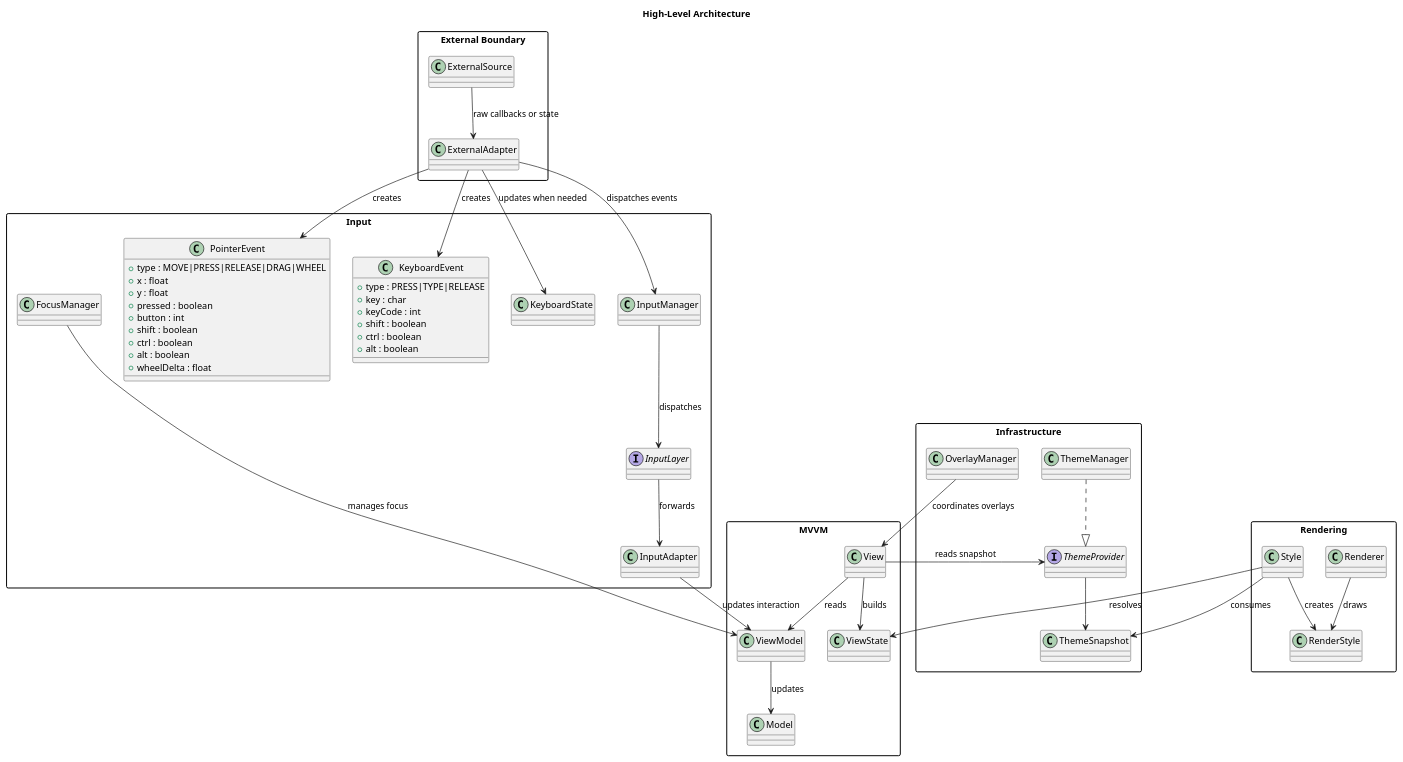
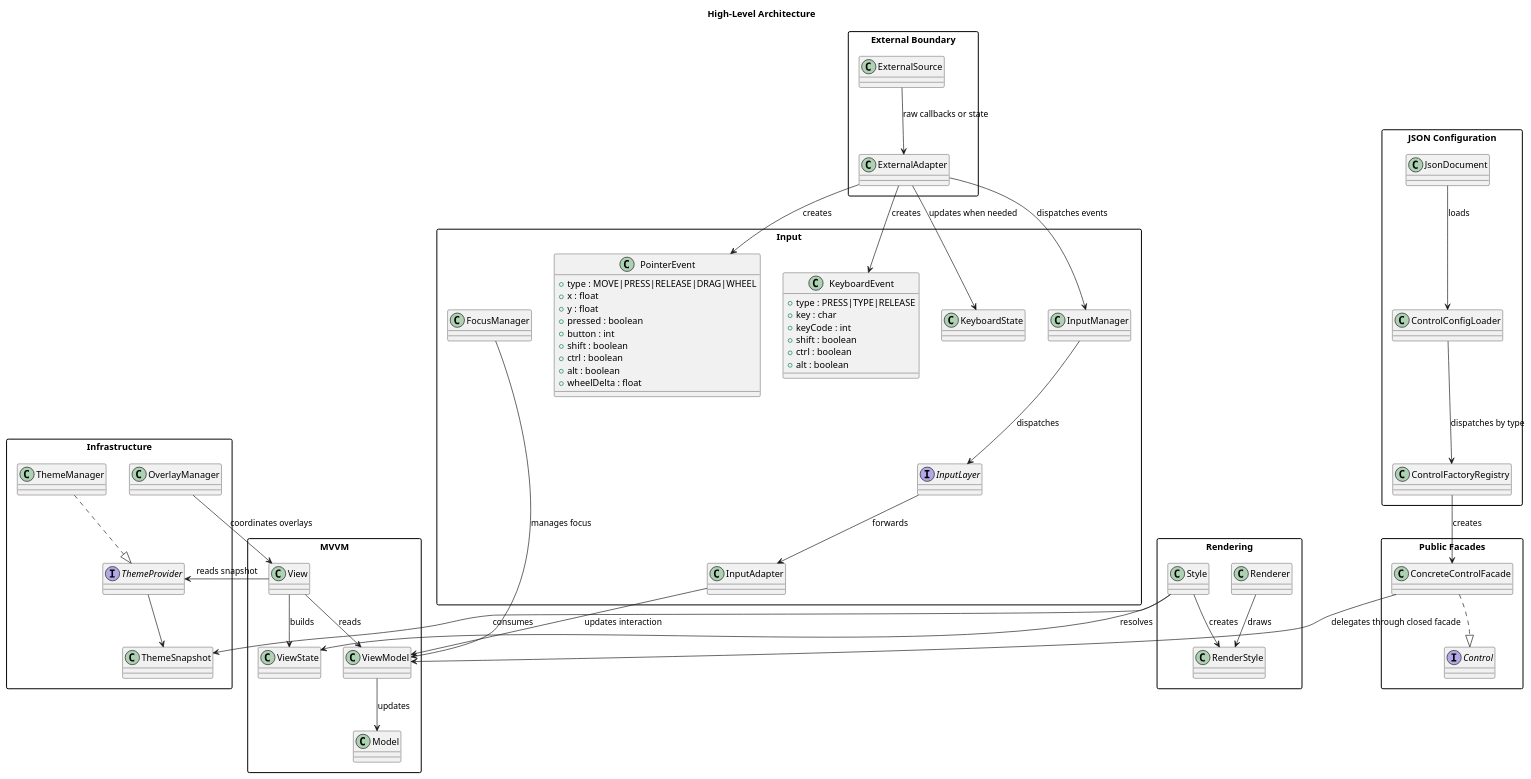
The diagram in docs/uml/architecture.puml (cdpoloz/cpz-mvvm-processing-controls), drawn with PlantUML before and after one commit. The commit also changed 48 other files, not shown here.

```diff
--- a/docs/uml/architecture.puml
+++ b/docs/uml/architecture.puml
@@ -1,80 +1,96 @@
 @startuml
 title High-Level Architecture
 skinparam packageStyle rectangle
 skinparam shadowing false
 
 package "External Boundary" {
   class ExternalSource
   class ExternalAdapter
 }
 
 package "Input" {
   class PointerEvent {
     +type : MOVE|PRESS|RELEASE|DRAG|WHEEL
     +x : float
     +y : float
     +pressed : boolean
     +button : int
     +shift : boolean
     +ctrl : boolean
     +alt : boolean
     +wheelDelta : float
   }
   class KeyboardEvent {
     +type : PRESS|TYPE|RELEASE
     +key : char
     +keyCode : int
     +shift : boolean
     +ctrl : boolean
     +alt : boolean
   }
   class KeyboardState
   class InputManager
   interface InputLayer
   class InputAdapter
   class FocusManager
 }
 
 package "MVVM" {
   class Model
   class ViewModel
   class View
   class ViewState
 }
 
+package "Public Facades" {
+  interface Control
+  class ConcreteControlFacade
+}
+
+package "JSON Configuration" {
+  class JsonDocument
+  class ControlConfigLoader
+  class ControlFactoryRegistry
+}
+
 package "Rendering" {
   class Style
   class RenderStyle
   class Renderer
 }
 
 package "Infrastructure" {
   interface ThemeProvider
   class ThemeManager
   class ThemeSnapshot
   class OverlayManager
 }
 
 ThemeManager ..|> ThemeProvider
 ThemeProvider --> ThemeSnapshot
 
 ExternalSource --> ExternalAdapter : raw callbacks or state
 ExternalAdapter --> PointerEvent : creates
 ExternalAdapter --> KeyboardEvent : creates
 ExternalAdapter --> KeyboardState : updates when needed
 ExternalAdapter --> InputManager : dispatches events
+JsonDocument --> ControlConfigLoader : loads
+ControlConfigLoader --> ControlFactoryRegistry : dispatches by type
+ControlFactoryRegistry --> ConcreteControlFacade : creates
 InputManager --> InputLayer : dispatches
 InputLayer --> InputAdapter : forwards
 InputAdapter --> ViewModel : updates interaction
 FocusManager --> ViewModel : manages focus
 
+ConcreteControlFacade ..|> Control
+ConcreteControlFacade --> ViewModel : delegates through closed facade
 ViewModel --> Model : updates
 View --> ViewModel : reads
 View --> ViewState : builds
 View --> ThemeProvider : reads snapshot
 Style --> ViewState : resolves
 Style --> ThemeSnapshot : consumes
 Style --> RenderStyle : creates
 Renderer --> RenderStyle : draws
 OverlayManager --> View : coordinates overlays
 @enduml
```
